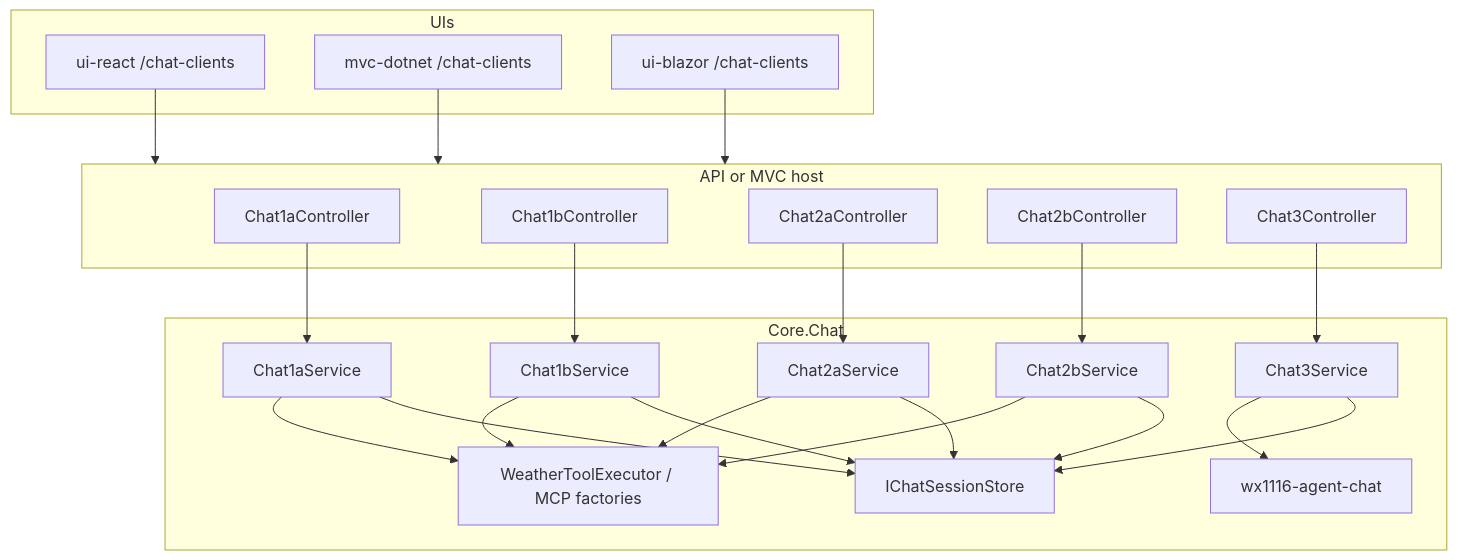
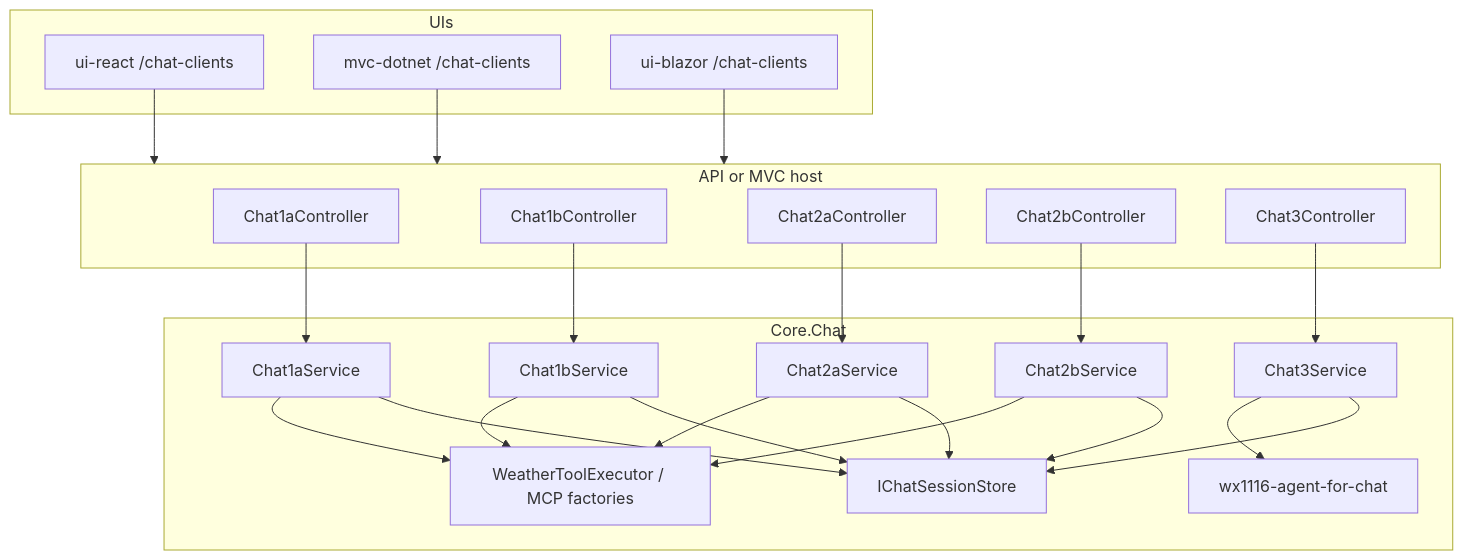
Before and after one commit to dustinkorzaan/weather-1116: the diagram in docs/5-chat-clients/5-chat-clients.md, drawn with Mermaid. The commit also changed other lines of this file and 14 other files, not shown here.

````diff
--- a/docs/5-chat-clients/5-chat-clients.md
+++ b/docs/5-chat-clients/5-chat-clients.md
@@ -27,49 +27,49 @@
 ```mermaid
 flowchart TB
     subgraph ui [UIs]
         React[ui-react /chat-clients]
         MVC[mvc-dotnet /chat-clients]
         Blazor[ui-blazor /chat-clients]
     end
 
     subgraph api [API or MVC host]
         C1a[Chat1aController]
         C1b[Chat1bController]
         C2a[Chat2aController]
         C2b[Chat2bController]
         C3[Chat3Controller]
     end
 
     subgraph core [Core.Chat]
         S1a[Chat1aService]
         S1b[Chat1bService]
         S2a[Chat2aService]
         S2b[Chat2bService]
         S3[Chat3Service]
         Store[IChatSessionStore]
         Tools[WeatherToolExecutor / MCP factories]
-        Agent[wx1116-agent-chat]
+        Agent[wx1116-agent-for-chat]
     end
 
     React --> api
     Blazor --> api
     MVC --> api
 
     C1a --> S1a
     C1b --> S1b
     C2a --> S2a
     C2b --> S2b
     C3 --> S3
 
     S1a --> Store
     S1b --> Store
     S2a --> Store
     S2b --> Store
     S3 --> Store
 
     S1a --> Tools
     S1b --> Tools
     S2a --> Tools
     S2b --> Tools
     S3 --> Agent
 ```
````
